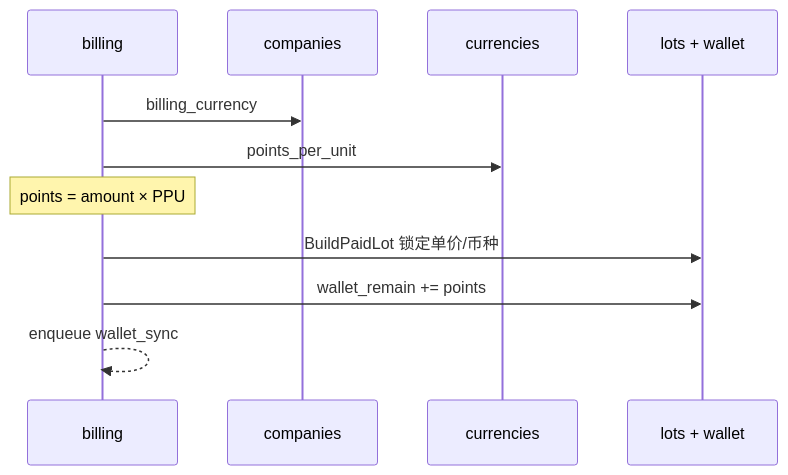
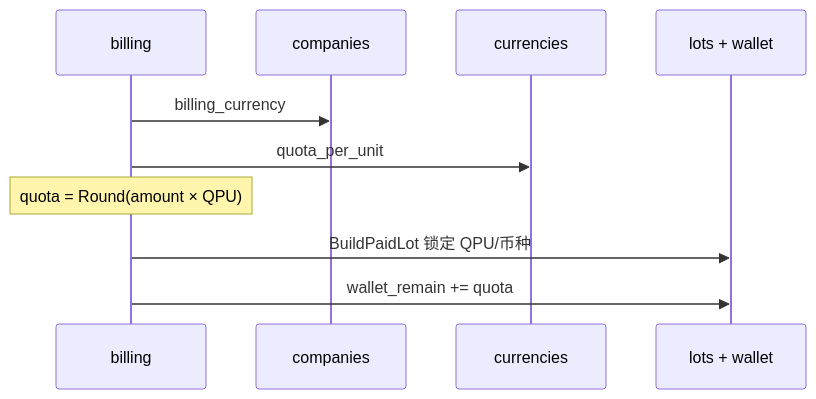
The fourth of 6 diagrams in docs/Backend-计费模式.md (quyip8818/mytokenjoy), drawn with Mermaid before and after one commit. The commit also changed other lines of this file and 17 other files, not shown here.

````diff
--- a/docs/Backend-计费模式.md
+++ b/docs/Backend-计费模式.md
@@ -166,14 +165,13 @@
 ```mermaid
 sequenceDiagram
   participant B as billing
   participant Co as companies
   participant Cur as currencies
   participant PG as lots + wallet
 
   B->>Co: billing_currency
-  B->>Cur: points_per_unit
-  Note over B: points = amount × PPU
-  B->>PG: BuildPaidLot 锁定单价/币种
-  B->>PG: wallet_remain += points
-  B-->>B: enqueue wallet_sync
+  B->>Cur: quota_per_unit
+  Note over B: quota = Round(amount × QPU)
+  B->>PG: BuildPaidLot 锁定 QPU/币种
+  B->>PG: wallet_remain += quota
 ```
````
